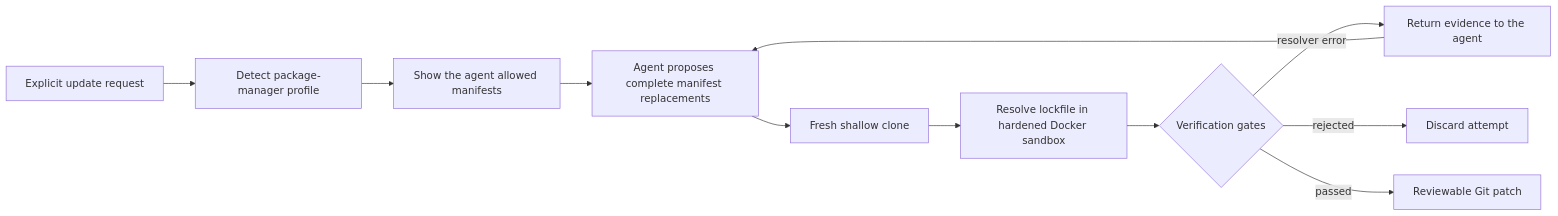
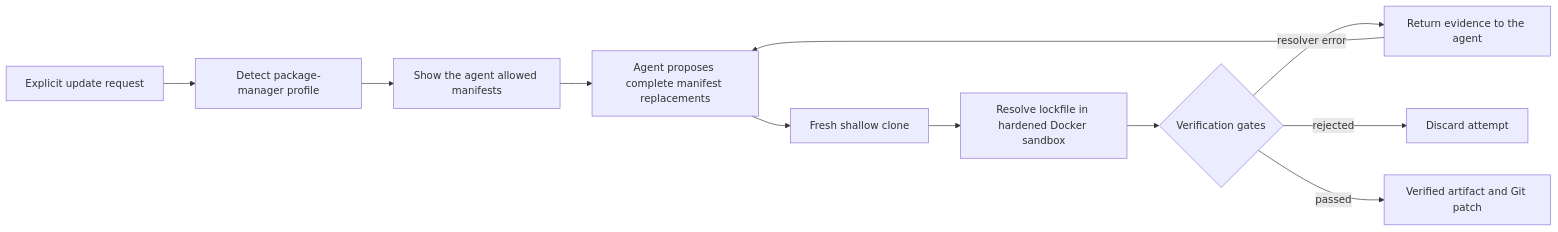
One commit to Pirikara/bumpire changed the diagram in README.md. Above: the diagram before and after it, drawn with Mermaid. The commit also changed other lines of this file and 9 other files, not shown here.

````diff
--- a/README.md
+++ b/README.md
@@ -58,13 +58,13 @@
 ```mermaid
 flowchart LR
     A[Explicit update request] --> B[Detect package-manager profile]
     B --> C[Show the agent allowed manifests]
     C --> D[Agent proposes complete manifest replacements]
     D --> E[Fresh shallow clone]
     E --> F[Resolve lockfile in hardened Docker sandbox]
     F --> G{Verification gates}
     G -- resolver error --> H[Return evidence to the agent]
     H --> D
     G -- rejected --> X[Discard attempt]
-    G -- passed --> I[Reviewable Git patch]
+    G -- passed --> I[Verified artifact and Git patch]
 ```
````
